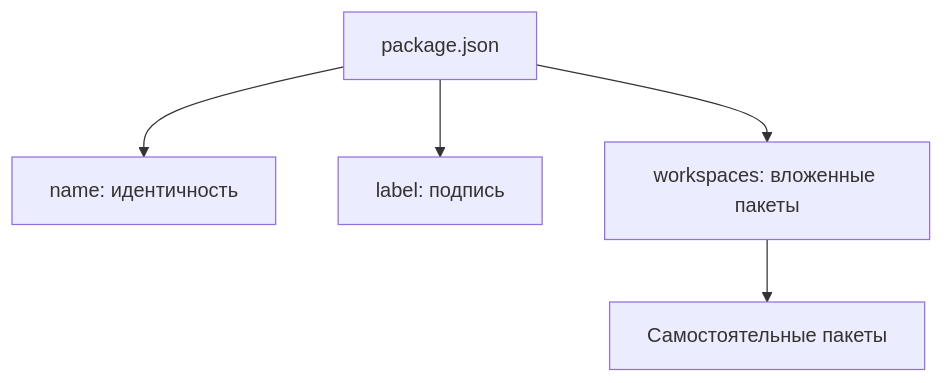
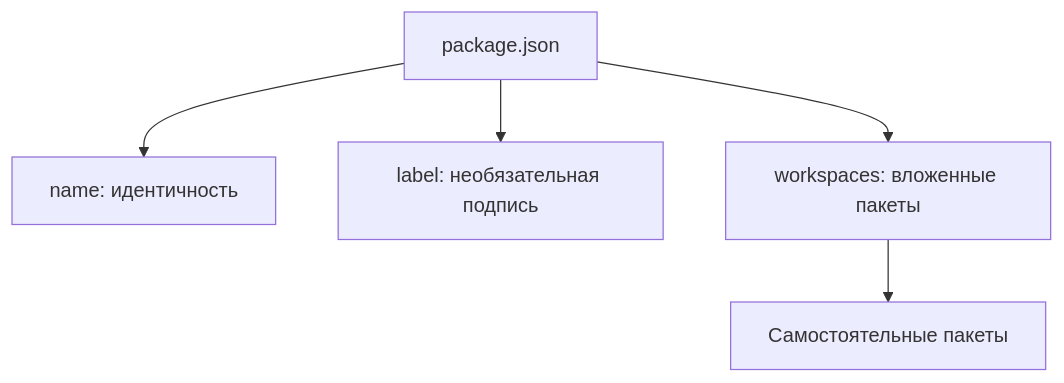
Before and after one commit to zavx0z/storybook: the diagram in archetypes/package/package-json/notes/draft-identity.md, drawn with Mermaid. The commit also changed other lines of this file and 35 other files, not shown here.

````diff
--- a/archetypes/package/package-json/notes/draft-identity.md
+++ b/archetypes/package/package-json/notes/draft-identity.md
@@ -7,7 +7,7 @@
 ```mermaid
 flowchart TD
   json["package.json"] --> name["name: идентичность"]
-  json --> label["label: подпись"]
+  json --> label["label: необязательная подпись"]
   json --> workspaces["workspaces: вложенные пакеты"]
   workspaces --> children["Самостоятельные пакеты"]
 ```
````
